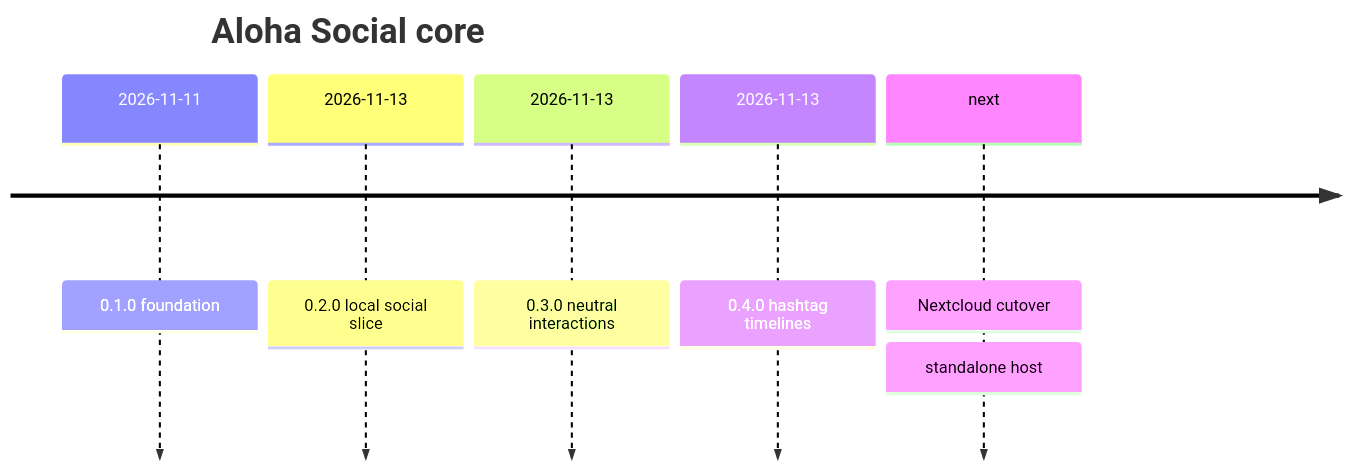
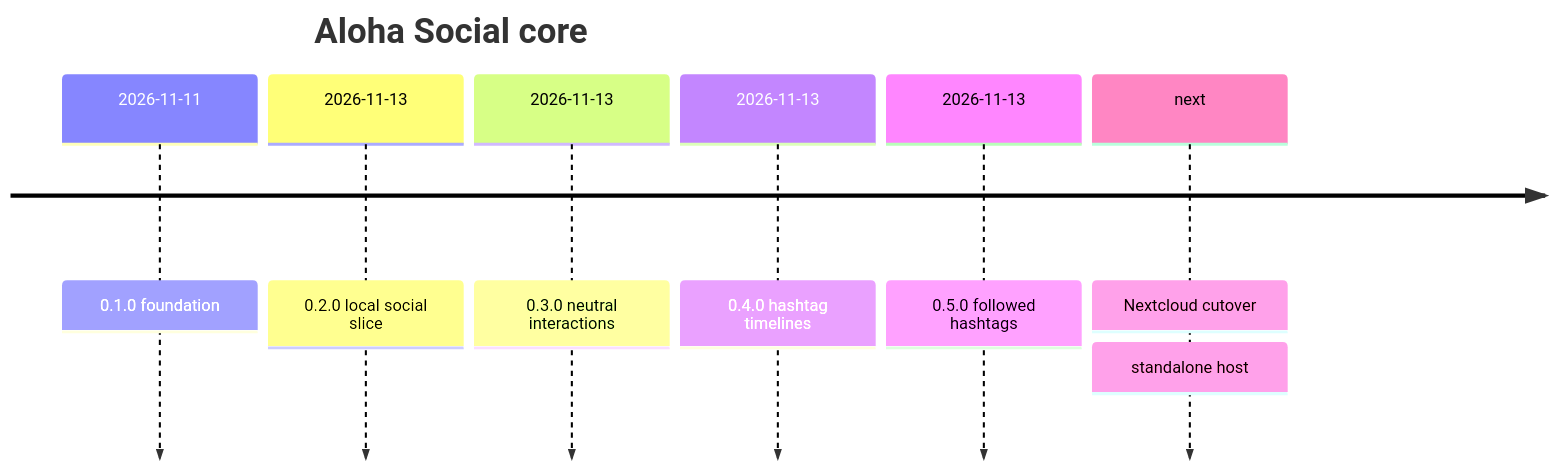
Before and after one commit to SchBenedikt/core: the second of 2 diagrams in README.md, drawn with Mermaid. The commit also changed other lines of this file and 37 other files, not shown here.

First line of the commit message:
feat(timelines): add private followed hashtags

````diff
--- a/README.md
+++ b/README.md
@@ -156,10 +156,11 @@
 ```mermaid
 timeline
     title Aloha Social core
     2026-11-11 : 0.1.0 foundation
     2026-11-13 : 0.2.0 local social slice
     2026-11-13 : 0.3.0 neutral interactions
     2026-11-13 : 0.4.0 hashtag timelines
+    2026-11-13 : 0.5.0 followed hashtags
     next : Nextcloud cutover
          : standalone host
 ```
````
